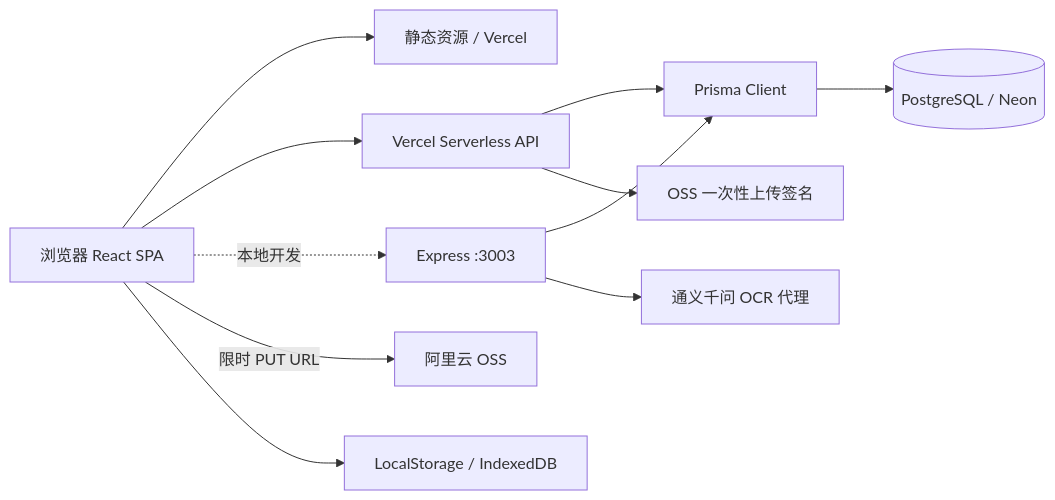
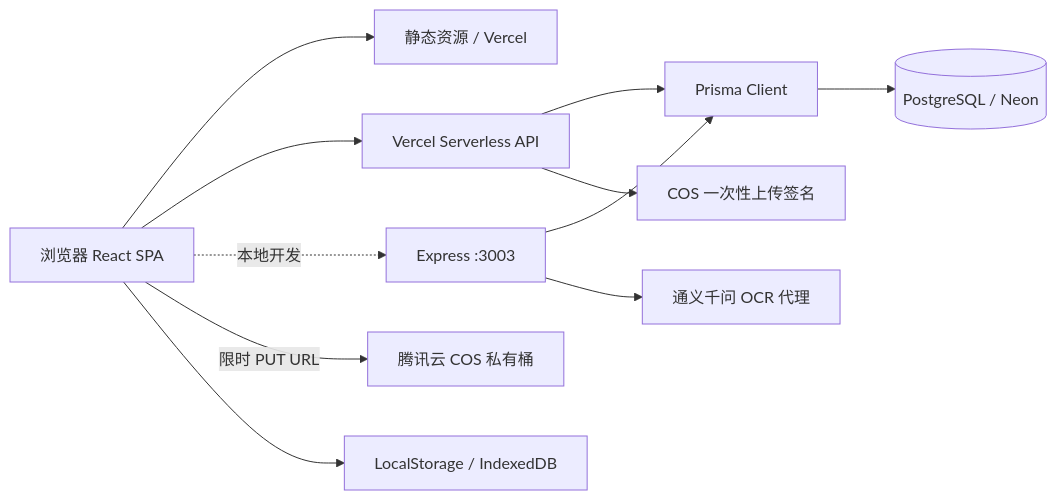
Before and after one commit to yipengmu/family_tree: the diagram in README.md, drawn with Mermaid. The commit also changed other lines of this file and 64 other files, not shown here.

````diff
--- a/README.md
+++ b/README.md
@@ -39,13 +39,13 @@
 ```mermaid
 flowchart LR
   U[浏览器 React SPA] --> V[静态资源 / Vercel]
   U --> A[Vercel Serverless API]
   U -.本地开发.-> E[Express :3003]
   A --> P[Prisma Client]
   P --> D[(PostgreSQL / Neon)]
   E --> P
   E --> Q[通义千问 OCR 代理]
-  A --> S[OSS 一次性上传签名]
-  U -->|限时 PUT URL| O[阿里云 OSS]
+  A --> S[COS 一次性上传签名]
+  U -->|限时 PUT URL| O[腾讯云 COS 私有桶]
   U --> C[LocalStorage / IndexedDB]
 ```
````
